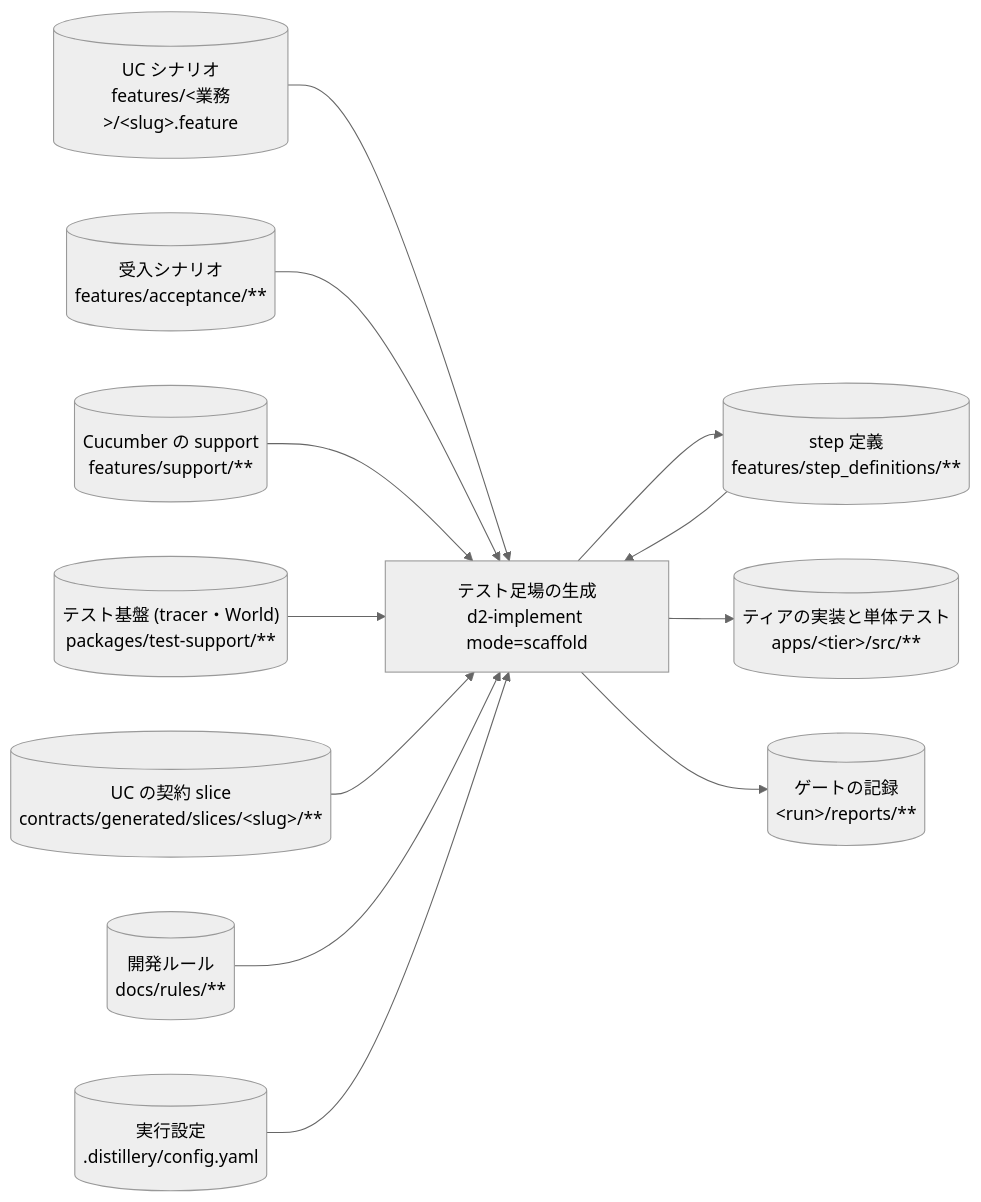
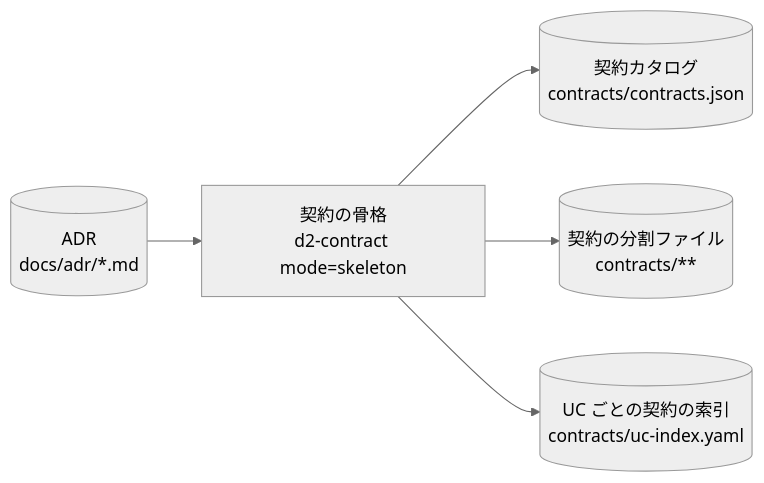
Before and after one commit to suwa-sh/suwa-sh-claude-plugins: the ninth of 40 diagrams in plugins/distillery2/skills/d2-common/references/dataflow.md, drawn with Mermaid (neutral theme). The commit also changed other lines of this file and 6 other files, not shown here.

First line of the commit message:
feat(distillery2): DFD の図を段階・処理ごとに分けて読める大きさにする (0.1.21)

````diff
--- a/plugins/distillery2/skills/d2-common/references/dataflow.md
+++ b/plugins/distillery2/skills/d2-common/references/dataflow.md
@@ -479,25 +253,12 @@
 ```mermaid
 flowchart LR
-  s_rules[("開発ルール<br/>docs/rules/**")]
-  s_test_support[("テスト基盤 (tracer・World)<br/>packages/test-support/**")]
-  s_features_support[("Cucumber の support<br/>features/support/**")]
-  s_config[("実行設定<br/>.distillery/config.yaml")]
-  s_contract_slice[("UC の契約 slice<br/>contracts/generated/slices/#lt;slug#gt;/**")]
-  s_feature[("UC シナリオ<br/>features/#lt;業務#gt;/#lt;slug#gt;.feature")]
-  s_acceptance[("受入シナリオ<br/>features/acceptance/**")]
-  s_steps[("step 定義<br/>features/step_definitions/**")]
-  s_tier_src[("ティアの実装と単体テスト<br/>apps/#lt;tier#gt;/src/**")]
-  s_reports[("ゲートの記録<br/>#lt;run#gt;/reports/**")]
-  p_implement_scaffold["テスト足場の生成<br/>d2-implement mode=scaffold"]
-  s_feature --> p_implement_scaffold
-  s_acceptance --> p_implement_scaffold
-  s_steps --> p_implement_scaffold
-  s_features_support --> p_implement_scaffold
-  s_test_support --> p_implement_scaffold
-  s_contract_slice --> p_implement_scaffold
-  s_rules --> p_implement_scaffold
-  s_config --> p_implement_scaffold
-  p_implement_scaffold --> s_steps
-  p_implement_scaffold --> s_tier_src
-  p_implement_scaffold --> s_reports
+  p_contract_skeleton["契約の骨格<br/>d2-contract mode=skeleton"]
+  s_adr[("ADR<br/>docs/adr/*.md")]
+  s_contracts_catalog[("契約カタログ<br/>contracts/contracts.json")]
+  s_contracts_src[("契約の分割ファイル<br/>contracts/**")]
+  s_uc_index[("UC ごとの契約の索引<br/>contracts/uc-index.yaml")]
+  s_adr --> p_contract_skeleton
+  p_contract_skeleton --> s_contracts_catalog
+  p_contract_skeleton --> s_contracts_src
+  p_contract_skeleton --> s_uc_index
 ```
````
